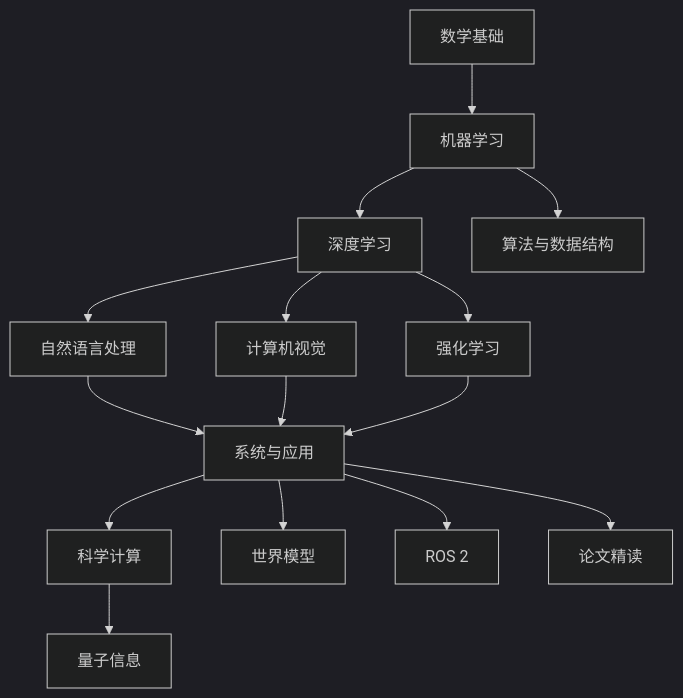
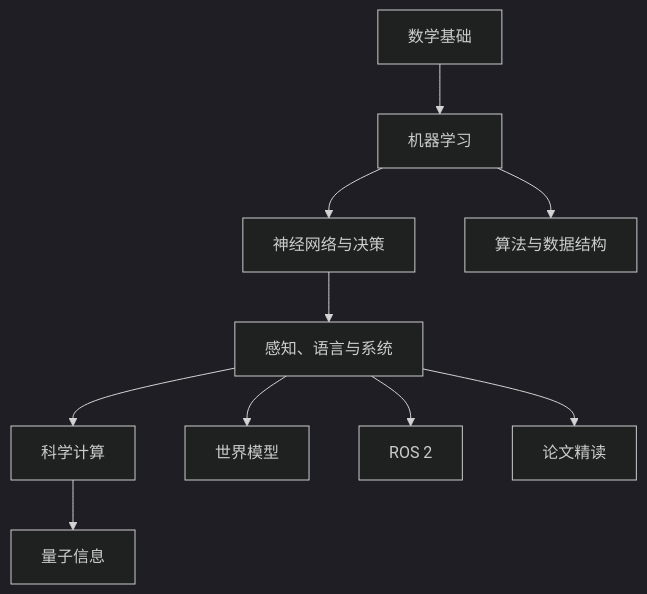
One commit to DeconBear/notebook changed the diagram in docs/index.md. Above: the diagram before and after it, drawn with Mermaid (dark theme). The commit also changed other lines of this file and 435 other files, not shown here.

````diff
--- a/docs/index.md
+++ b/docs/index.md
@@ -41,17 +41,12 @@
 ```mermaid
 flowchart TB
     math["数学基础"] --> ml["机器学习"]
-    ml --> dl["深度学习"]
-    dl --> cv["计算机视觉"]
-    dl --> nlp["自然语言处理"]
-    dl --> rl["强化学习"]
-    nlp --> sys["系统与应用"]
-    cv --> sys
-    rl --> sys
-    sys --> sci["科学计算"]
+    ml --> nn["神经网络与决策"]
+    nn --> applied["感知、语言与系统"]
+    applied --> sci["科学计算"]
     sci --> qi["量子信息"]
-    sys --> wm["世界模型"]
-    sys --> ros2["ROS 2"]
+    applied --> wm["世界模型"]
+    applied --> ros2["ROS 2"]
     ml --> algo["算法与数据结构"]
-    sys --> papers["论文精读"]
+    applied --> papers["论文精读"]
 ```
````
